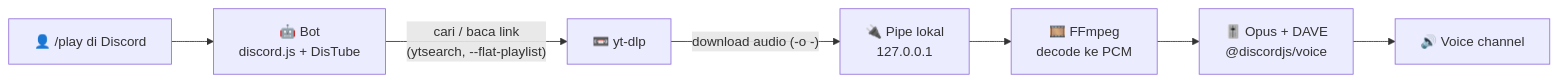
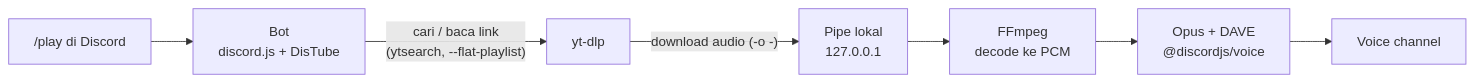
Before and after one commit to adrawsf/music-dc: the diagram in README.md, drawn with Mermaid. The commit also changed other lines of this file and 1 other file, not shown here.

````diff
--- a/README.md
+++ b/README.md
@@ -59,9 +48,9 @@
 ```mermaid
 flowchart LR
-    U["👤 /play di Discord"] --> B["🤖 Bot<br/>discord.js + DisTube"]
-    B -- "cari / baca link<br/>(ytsearch, --flat-playlist)" --> Y["📼 yt-dlp"]
-    Y -- "download audio (-o -)" --> P["🔌 Pipe lokal<br/>127.0.0.1"]
-    P --> F["🎞️ FFmpeg<br/>decode ke PCM"]
-    F --> O["🎚️ Opus + DAVE<br/>@discordjs/voice"]
-    O --> V["🔊 Voice channel"]
+    U["/play di Discord"] --> B["Bot<br/>discord.js + DisTube"]
+    B -- "cari / baca link<br/>(ytsearch, --flat-playlist)" --> Y["yt-dlp"]
+    Y -- "download audio (-o -)" --> P["Pipe lokal<br/>127.0.0.1"]
+    P --> F["FFmpeg<br/>decode ke PCM"]
+    F --> O["Opus + DAVE<br/>@discordjs/voice"]
+    O --> V["Voice channel"]
 ```
````
